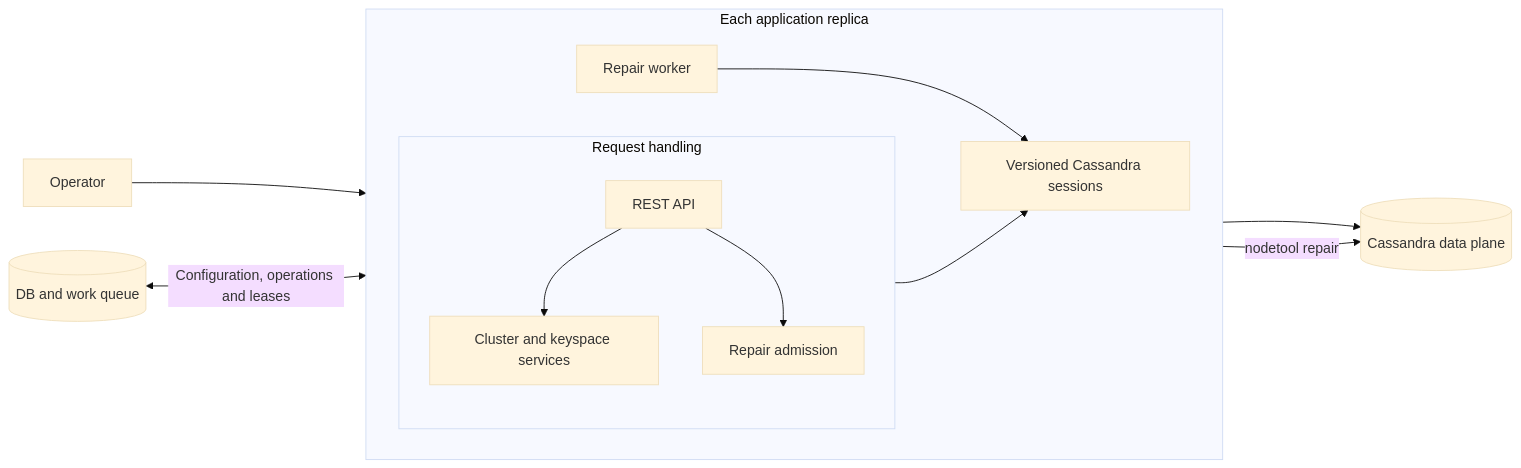
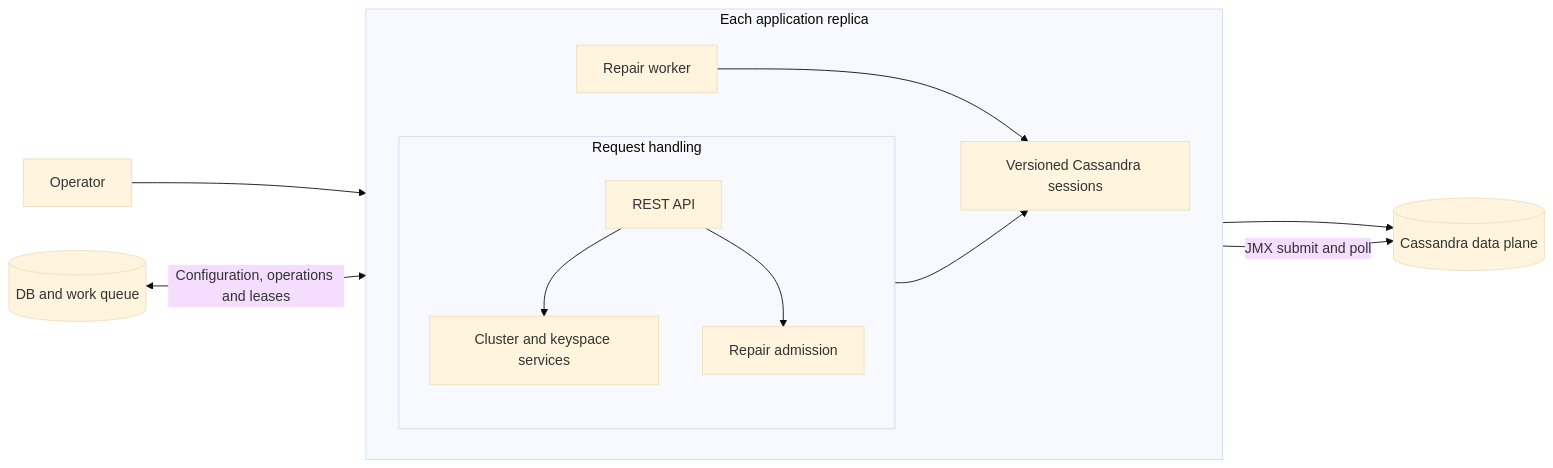
Before and after one commit to elephait/cassandra-dbaas-demo: the first of 2 diagrams in README.md, drawn with Mermaid (base theme). The commit also changed other lines of this file and 16 other files, not shown here.

````diff
--- a/README.md
+++ b/README.md
@@ -8,19 +9,19 @@
 ```mermaid
 flowchart LR
     DB[(DB and work queue)]
     DB <-->|Configuration, operations and leases| Replica
     Operator --> Api
     subgraph Replica[Each application replica]
         direction LR
         subgraph Requests[Request handling]
             direction TB
             Api[REST API]
             Api --> Services[Cluster and keyspace services]
             Api --> Admission[Repair admission]
         end
         Services --> Sessions[Versioned Cassandra sessions]
         Worker[Repair worker] --> Sessions
     end
     Sessions --> Cassandra[(Cassandra data plane)]
-    Worker -->|nodetool repair| Cassandra
+    Worker -->|JMX submit and poll| Cassandra
 ```
````
